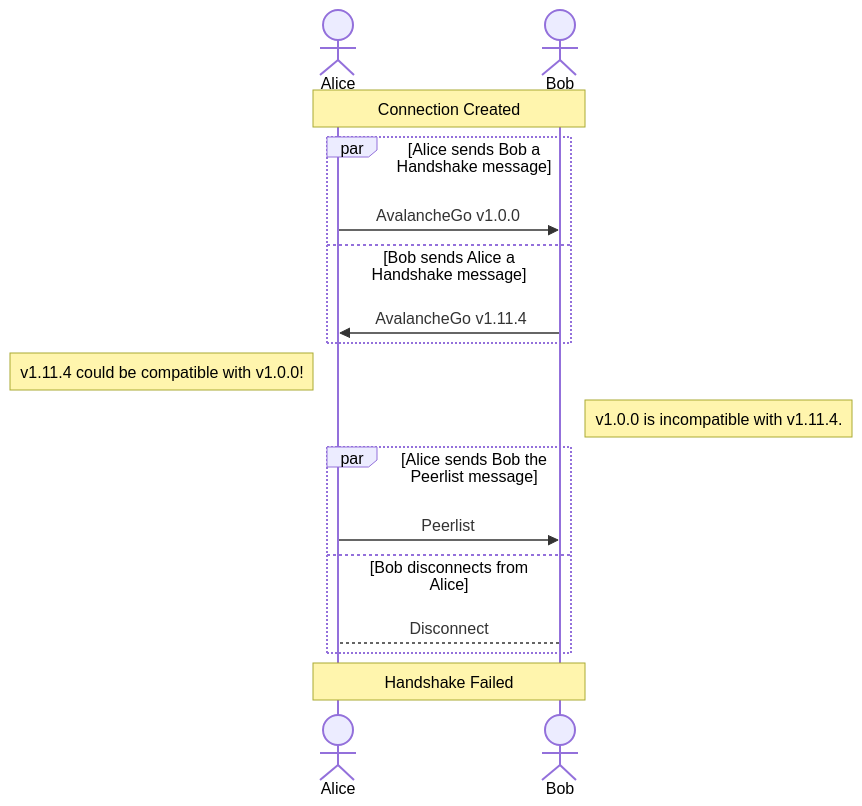
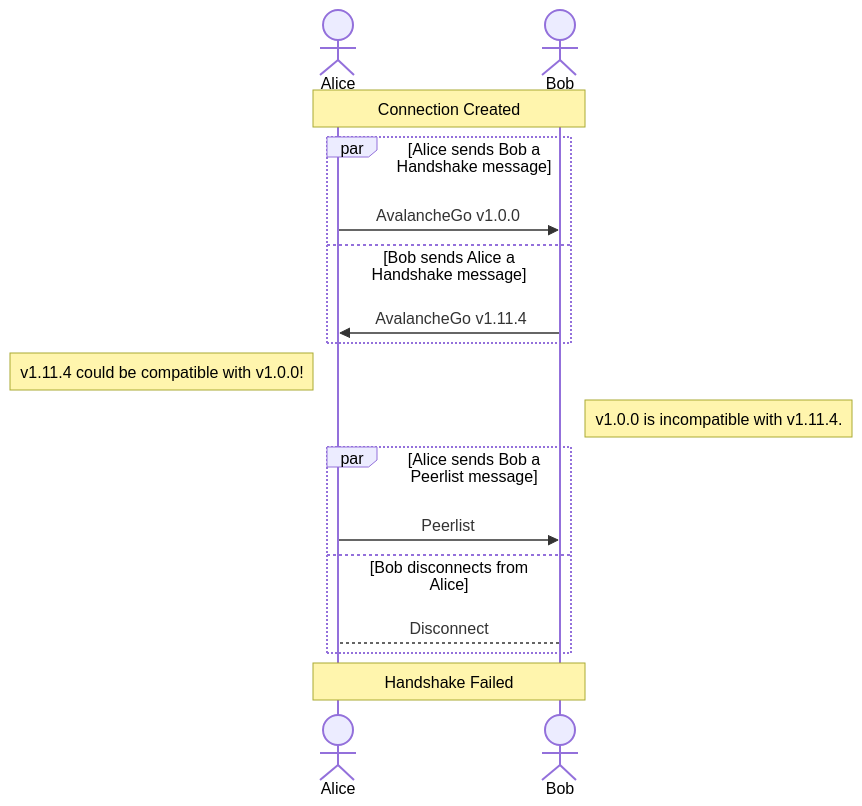
One commit to ava-labs/avalanchego changed the second of 7 diagrams in network/README.md. Above: the diagram before and after it, drawn with Mermaid. The commit also changed other lines of this file, not shown here.

````diff
--- a/network/README.md
+++ b/network/README.md
@@ -52,19 +54,19 @@
 ```mermaid
 sequenceDiagram
     actor Alice
     actor Bob
     Note over Alice,Bob: Connection Created
     par Alice sends Bob a Handshake message
         Alice->>Bob: AvalancheGo v1.0.0
     and Bob sends Alice a Handshake message
         Bob->>Alice: AvalancheGo v1.11.4
     end
     Note left of Alice: v1.11.4 could be compatible with v1.0.0!
     Note right of Bob: v1.0.0 is incompatible with v1.11.4.
-    par Alice sends Bob the Peerlist message
+    par Alice sends Bob a Peerlist message
         Alice->>Bob: Peerlist
     and Bob disconnects from Alice
         Bob-->Alice: Disconnect
     end
     Note over Alice,Bob: Handshake Failed
 ```
````
